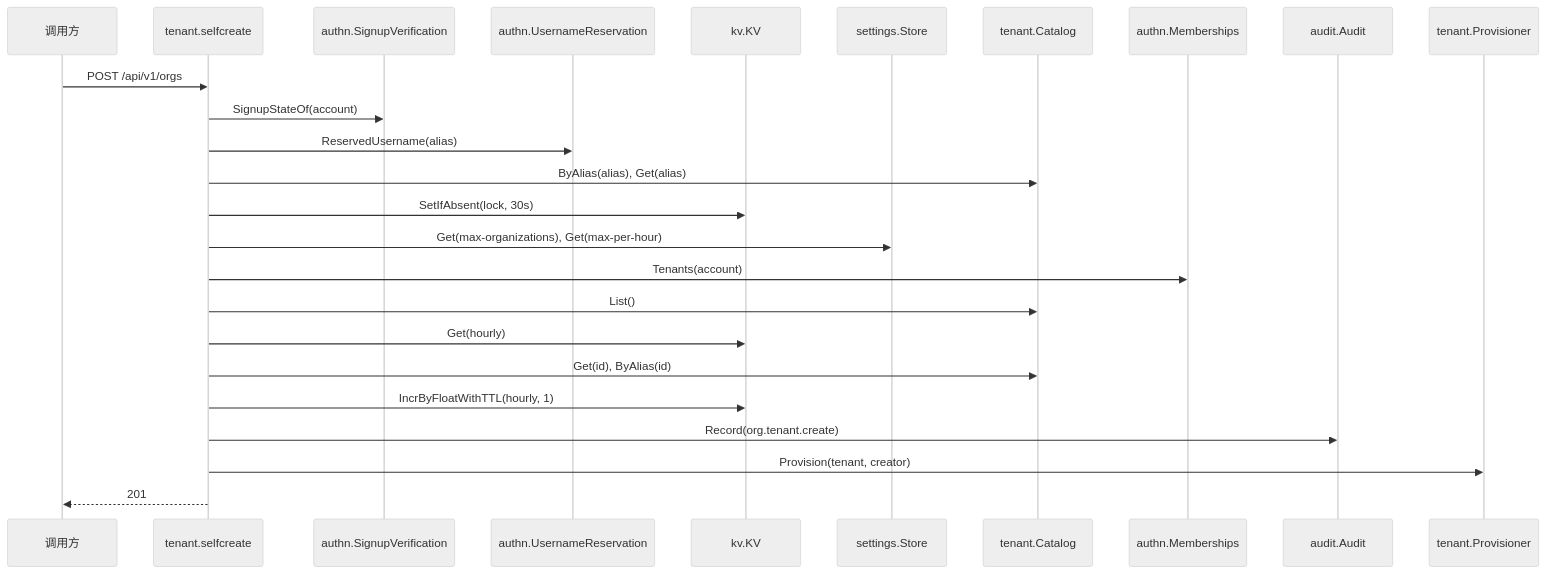
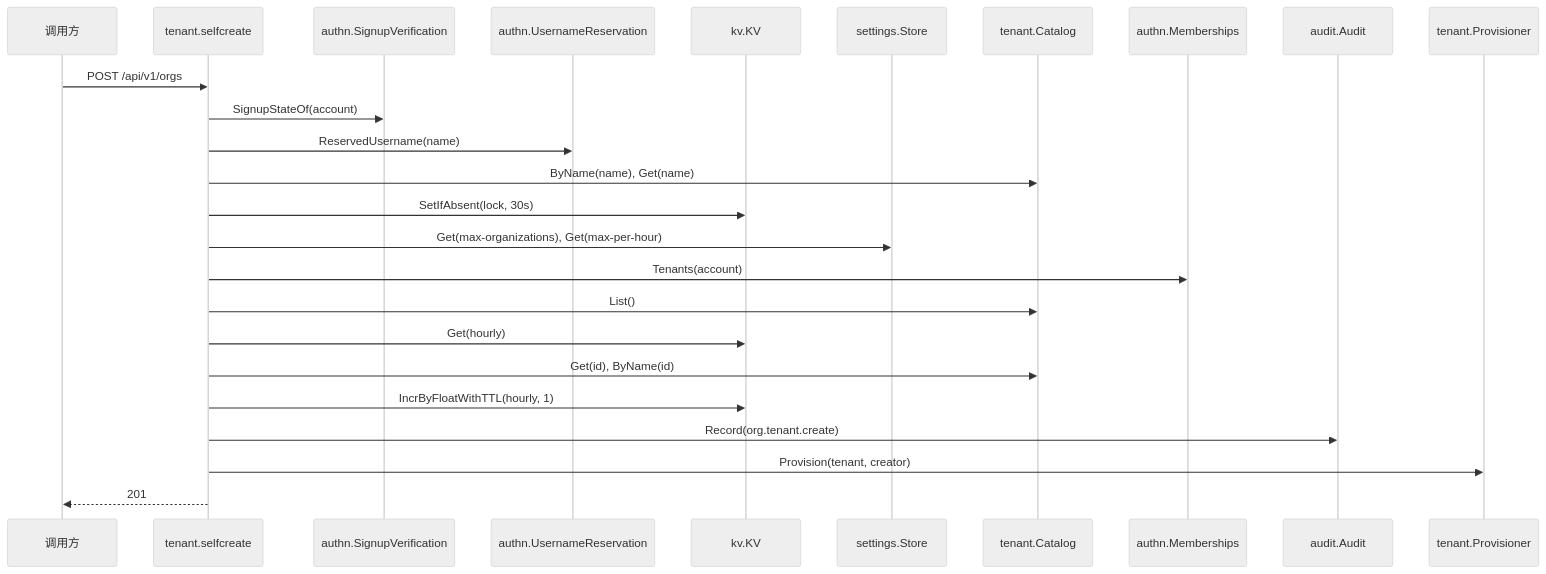
Before and after one commit to wangzw/speed: the second of 2 diagrams in docs/design/modules/tenant/design-tenant-selfcreate.md, drawn with Mermaid (neutral theme). The commit also changed other lines of this file and 300 other files, not shown here.

First line of the commit message:
refactor(tenant)!: rename the tenant alias to name

````diff
--- a/docs/design/modules/tenant/design-tenant-selfcreate.md
+++ b/docs/design/modules/tenant/design-tenant-selfcreate.md
@@ -104,28 +104,28 @@
 ```mermaid
 sequenceDiagram
   participant C as 调用方
   participant S as tenant.selfcreate
   participant signup as authn.SignupVerification
   participant R as authn.UsernameReservation
   participant K as kv.KV
   participant settings as settings.Store
   participant T as tenant.Catalog
   participant M as authn.Memberships
   participant A as audit.Audit
   participant P as tenant.Provisioner
 
   C->>S: POST /api/v1/orgs
   S->>signup: SignupStateOf(account)
-  S->>R: ReservedUsername(alias)
-  S->>T: ByAlias(alias), Get(alias)
+  S->>R: ReservedUsername(name)
+  S->>T: ByName(name), Get(name)
   S->>K: SetIfAbsent(lock, 30s)
   S->>settings: Get(max-organizations), Get(max-per-hour)
   S->>M: Tenants(account)
   S->>T: List()
   S->>K: Get(hourly)
-  S->>T: Get(id), ByAlias(id)
+  S->>T: Get(id), ByName(id)
   S->>K: IncrByFloatWithTTL(hourly, 1)
   S->>A: Record(org.tenant.create)
   S->>P: Provision(tenant, creator)
   S-->>C: 201
 ```
````
